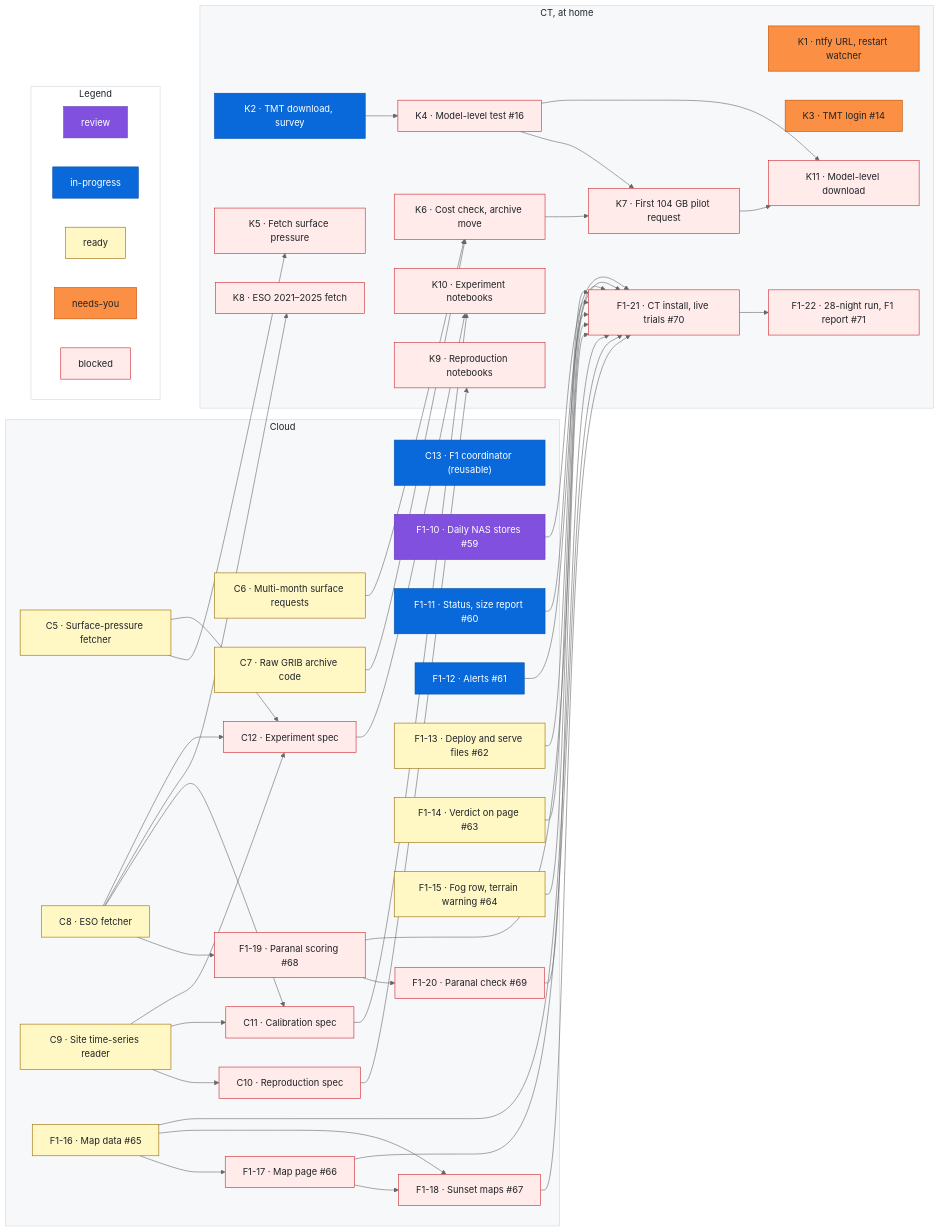
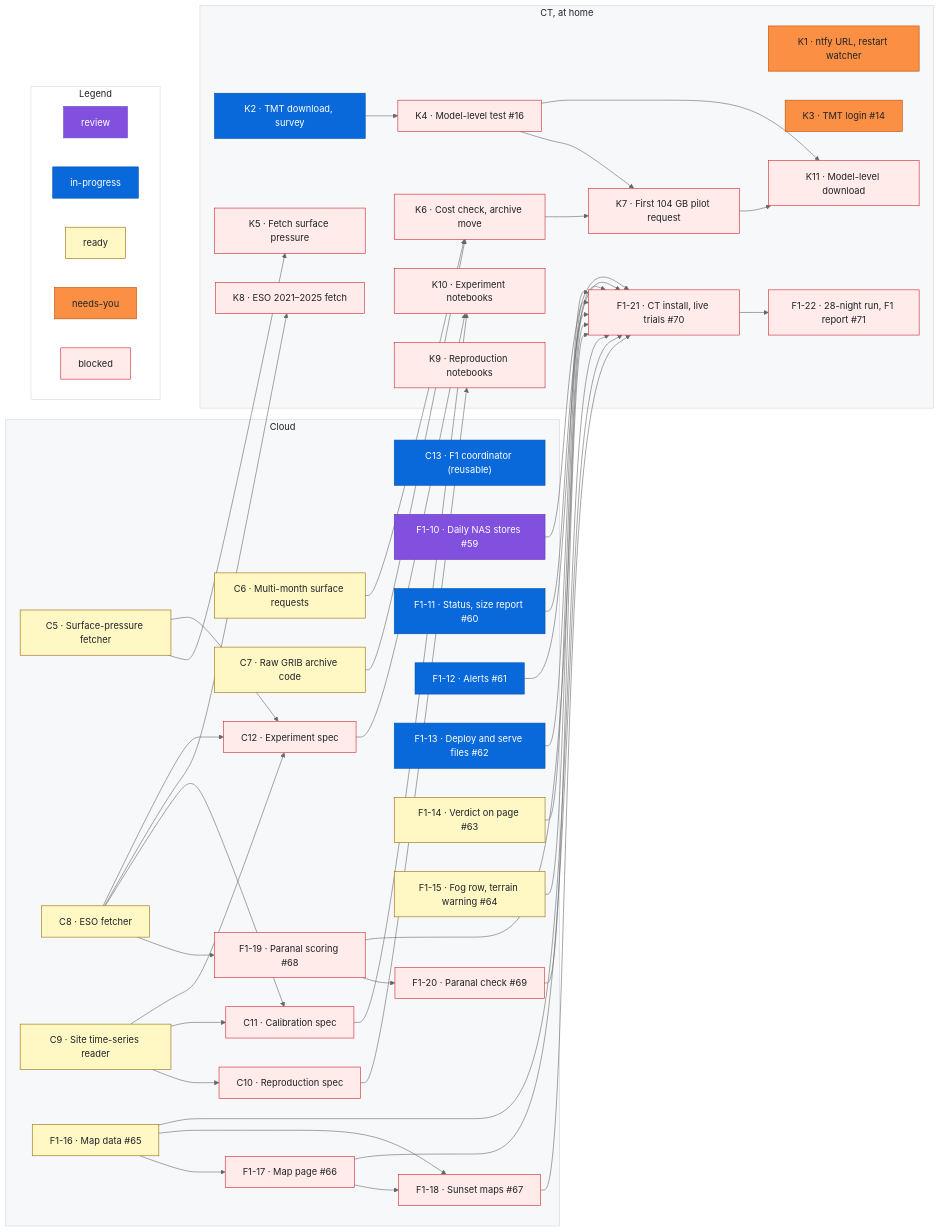
Before and after one commit to rrweller/Astro-seeing: the diagram in docs/roadmap.md, drawn with Mermaid (neutral theme). The commit also changed other lines of this file, not shown here.

Commit message:
roadmap: F1-13 ready → in-progress

```diff
--- a/docs/roadmap.md
+++ b/docs/roadmap.md
@@ -201,7 +201,7 @@
   %% ---
   class F1_12 inprogress
   %% ---
-  class F1_13 ready
+  class F1_13 inprogress
   %% ---
   class F1_14 ready
   %% ---
```
